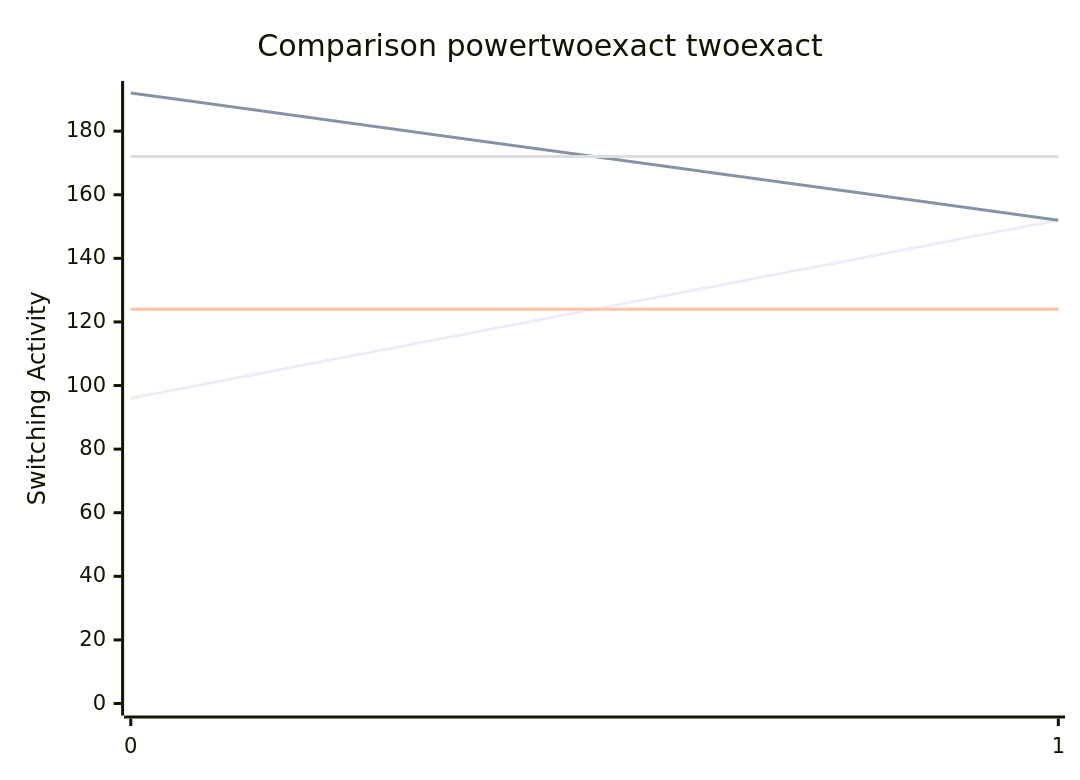
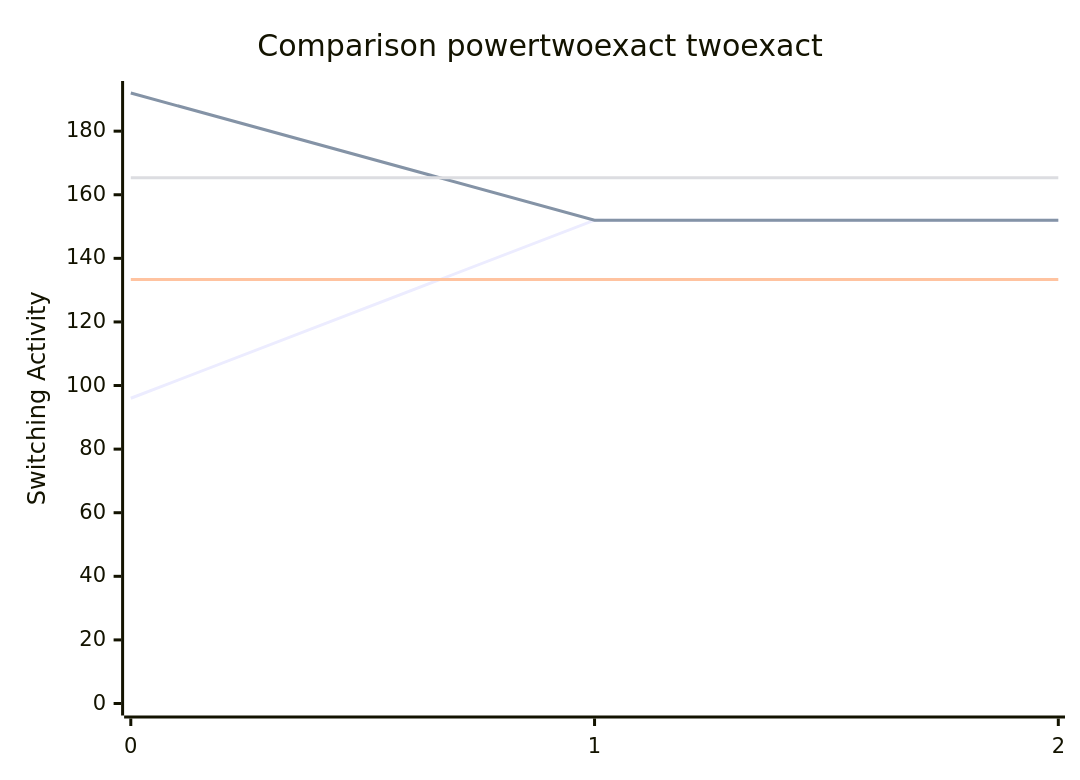
The diagram in benchmark.md (FeldmeierMichael/Exact-Power-Synthesis), drawn with Mermaid before and after one commit. The commit also changed other lines of this file and 2 other files, not shown here.

````diff
--- a/benchmark.md
+++ b/benchmark.md
@@ -15,10 +17,10 @@
 ```mermaid
 xychart-beta
     title "Comparison powertwoexact twoexact"
-    x-axis [0, 1]
+    x-axis [0, 1, 2]
     y-axis "Switching Activity" 0-->192
-    line [96, 152]
-    line [192, 152]
-    line [124.0, 124.0]
-    line [172.0, 172.0]
+    line [96, 152, 152]
+    line [192, 152, 152]
+    line [133.33333333333334, 133.33333333333334, 133.33333333333334]
+    line [165.33333333333334, 165.33333333333334, 165.33333333333334]
 ```
````
